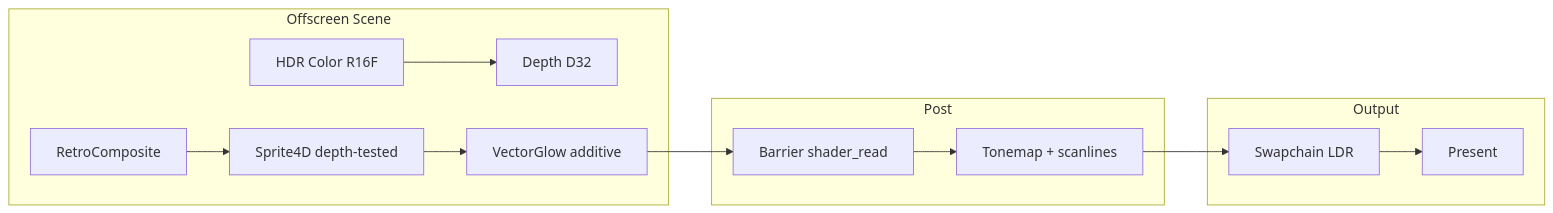
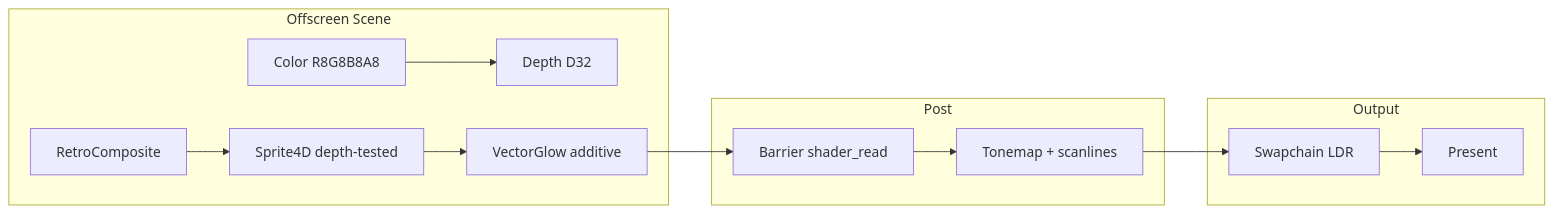
One commit to Xenonquake/Kengine changed the diagram in README.md. Above: the diagram before and after it, drawn with Mermaid. The commit also changed other lines of this file and 17 other files, not shown here.

````diff
--- a/README.md
+++ b/README.md
@@ -89,16 +89,16 @@
 ```mermaid
 flowchart LR
     subgraph scene [Offscreen Scene]
-        A[HDR Color R16F] --> B[Depth D32]
+        A[Color R8G8B8A8] --> B[Depth D32]
         C[RetroComposite] --> D[Sprite4D depth-tested]
         D --> E[VectorGlow additive]
     end
     subgraph post [Post]
         E --> F[Barrier shader_read]
         F --> G[Tonemap + scanlines]
     end
     subgraph out [Output]
         G --> H[Swapchain LDR]
         H --> I[Present]
     end
 ```
````
